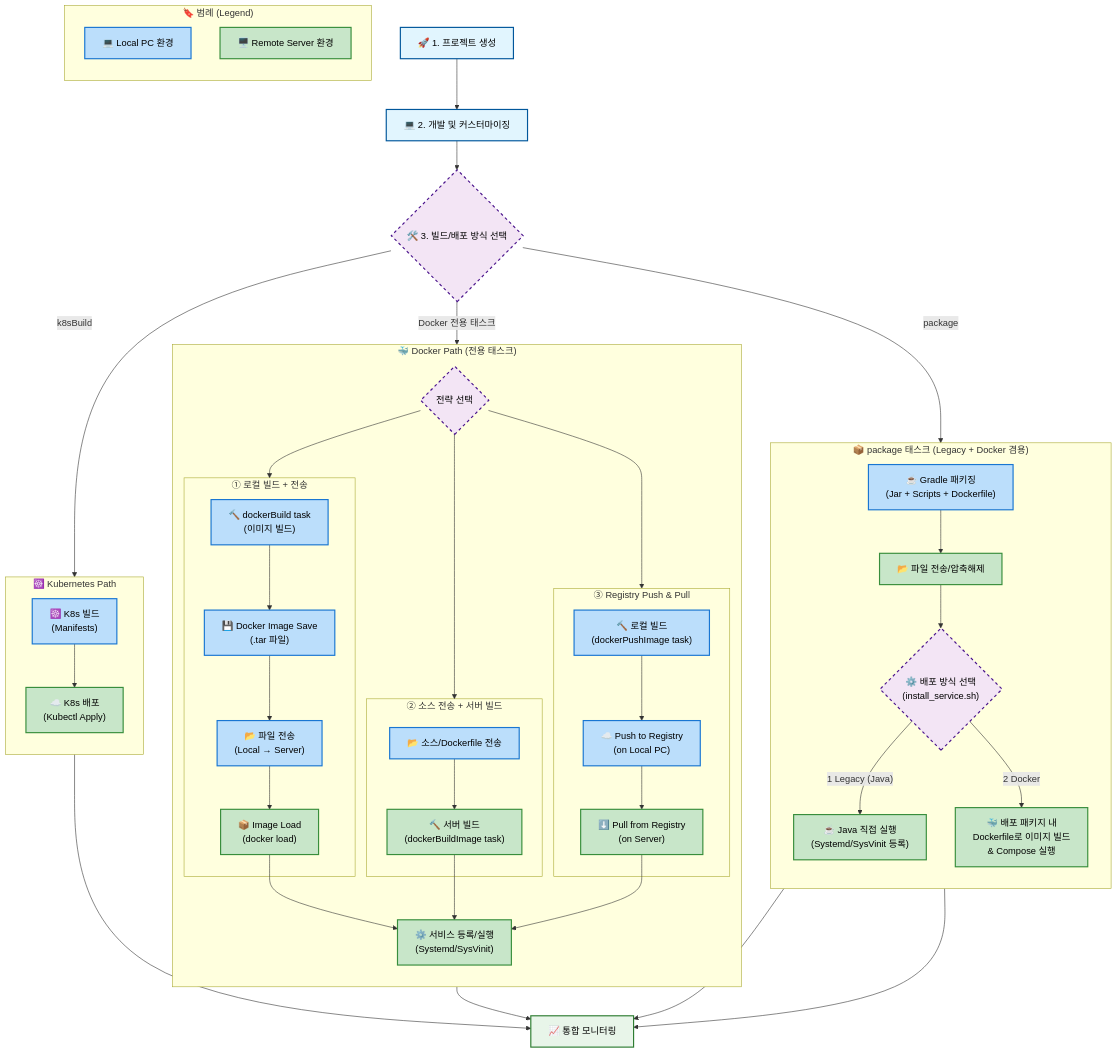
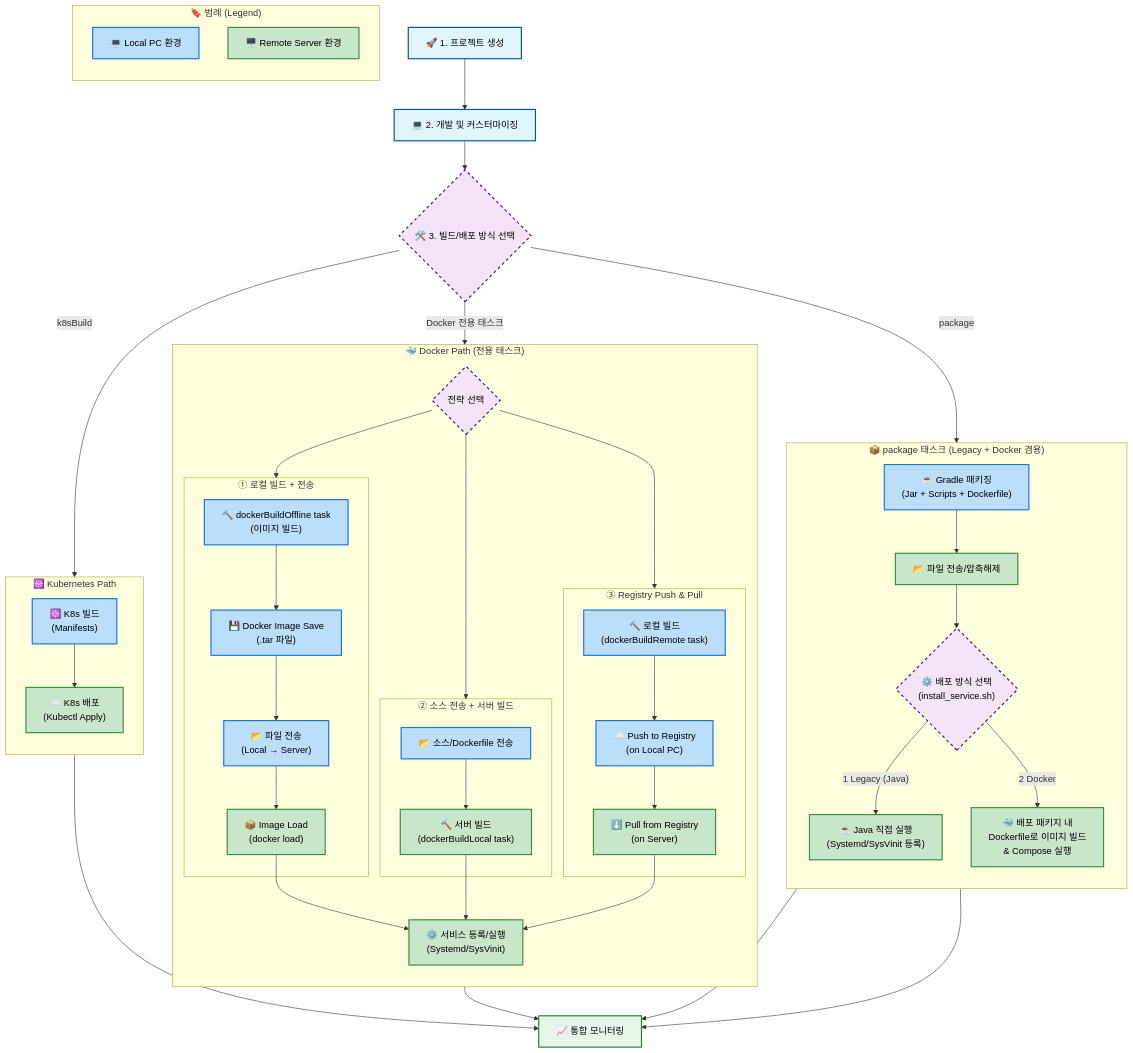
Before and after one commit to MJ-Youn/build-template: the first of 6 diagrams in README.md, drawn with Mermaid. The commit also changed other lines of this file and 2 other files, not shown here.

Commit message:
build 내용 수정

```diff
--- a/README.md
+++ b/README.md
@@ -358,7 +358,7 @@
 
         %% Strategy 1: Local Image
         subgraph DockerOpt1 ["① 로컬 빌드 + 전송"]
-            D1_Build["🔨 dockerBuild task<br/>(이미지 빌드)"]
+            D1_Build["🔨 dockerBuildOffline task<br/>(이미지 빌드)"]
             D1_Save["💾 Docker Image Save<br/>(.tar 파일)"]
             D1_Trans["📂 파일 전송<br/>(Local → Server)"]
             D1_Load["📦 Image Load<br/>(docker load)"]
@@ -369,14 +369,14 @@
         %% Strategy 2: Source Transfer
         subgraph DockerOpt2 ["② 소스 전송 + 서버 빌드"]
             D2_Trans["📂 소스/Dockerfile 전송"]
-            D2_Build["🔨 서버 빌드<br/>(dockerBuildImage task)"]
+            D2_Build["🔨 서버 빌드<br/>(dockerBuildLocal task)"]
 
             D2_Trans --> D2_Build
         end
 
         %% Strategy 3: Repository
         subgraph DockerOpt3 ["③ Registry Push & Pull"]
-            D3_Build["🔨 로컬 빌드<br/>(dockerPushImage task)"]
+            D3_Build["🔨 로컬 빌드<br/>(dockerBuildRemote task)"]
             D3_Push["☁️ Push to Registry<br/>(on Local PC)"]
             D3_Pull["⬇️ Pull from Registry<br/>(on Server)"]
 
```
